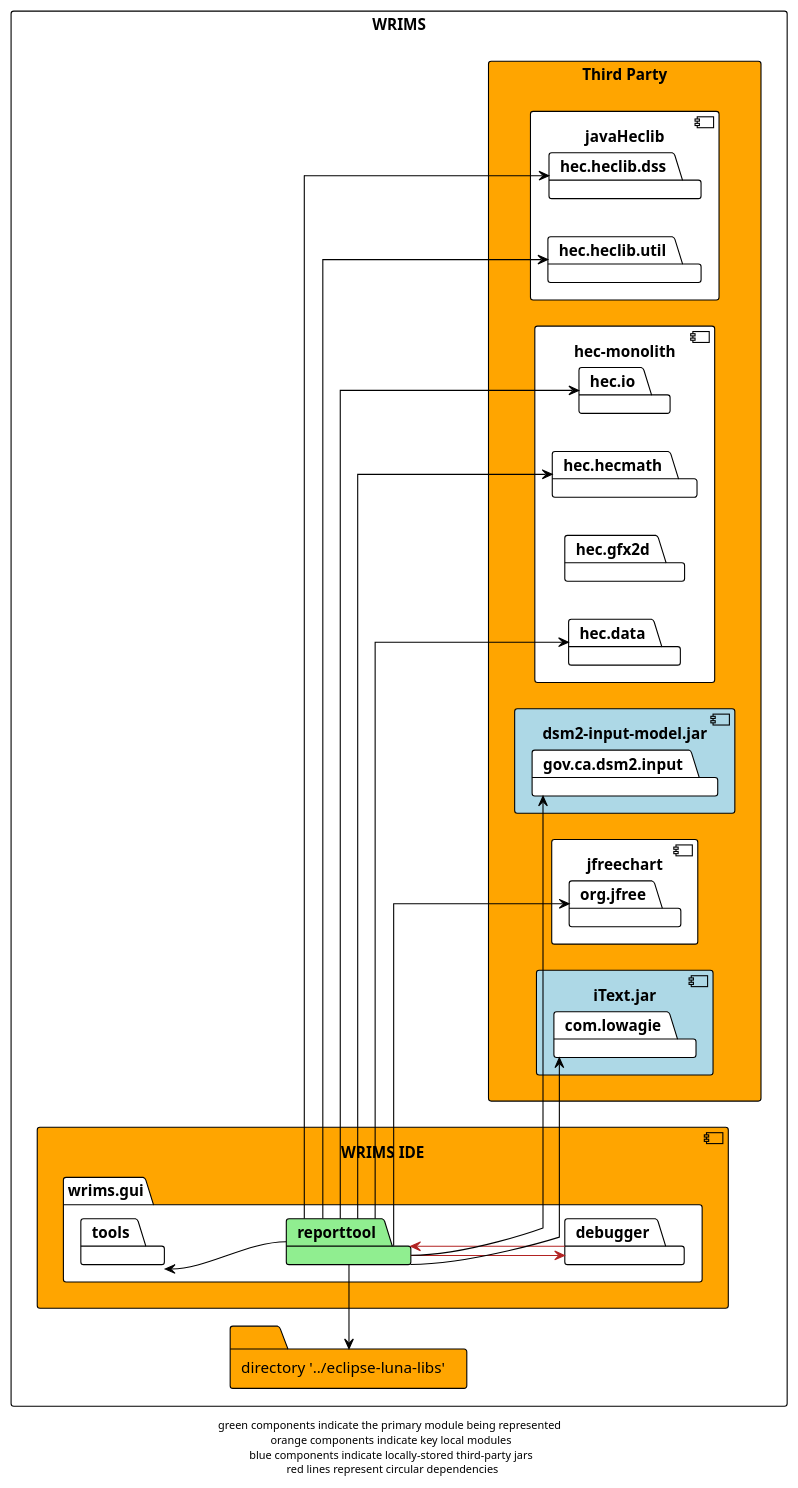
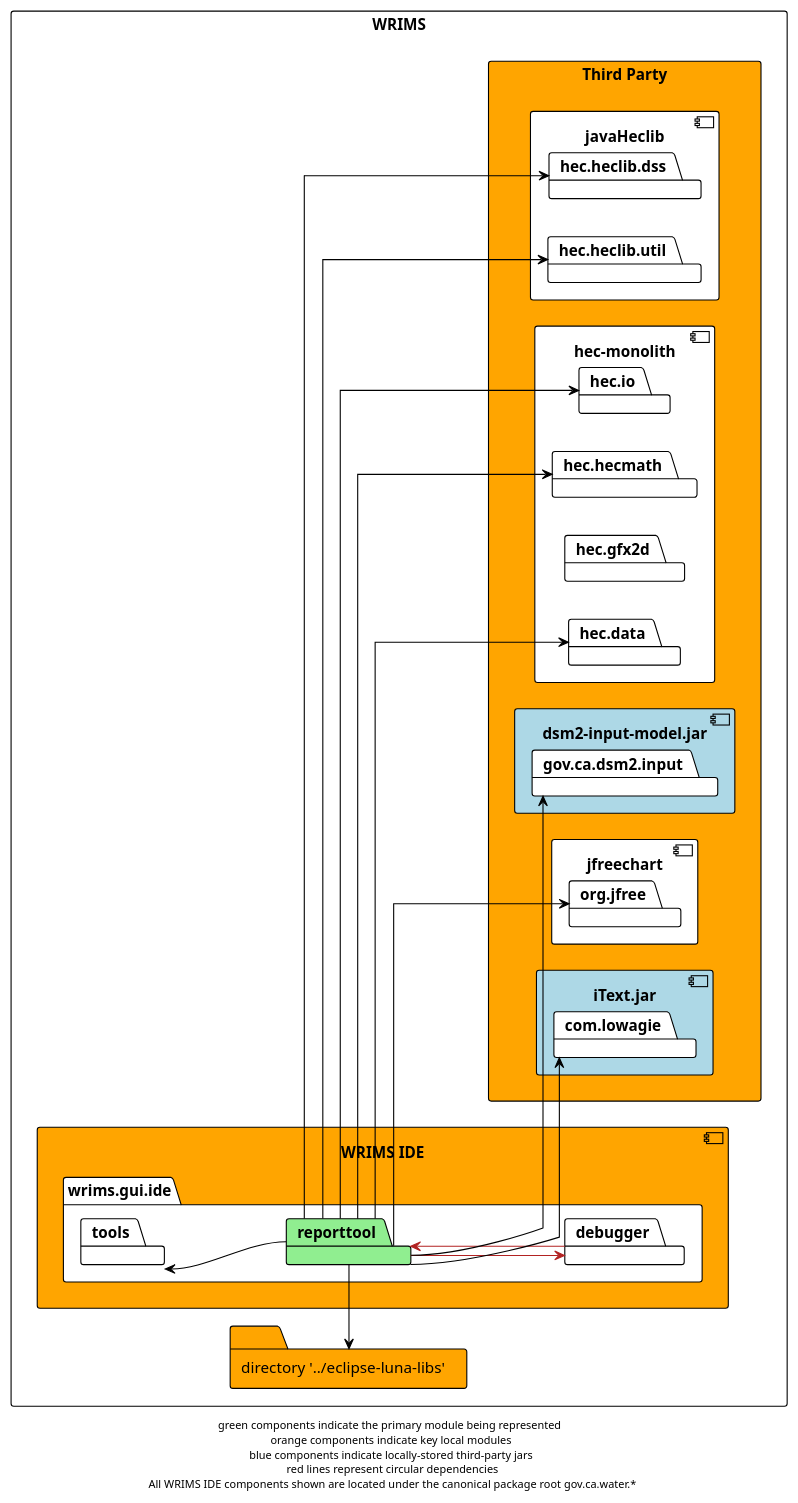
The diagram in docs/diagrams/wrims-modules/wrims-ide/wrims-ide_reporttool.plantuml (CentralValleyModeling/wrims-gui), drawn with PlantUML before and after one commit. The commit also changed 21 other files, not shown here.

Commit message:
Updated diagrams with missing canonical tld paths

```diff
--- a/docs/diagrams/wrims-modules/wrims-ide/wrims-ide_reporttool.plantuml
+++ b/docs/diagrams/wrims-modules/wrims-ide/wrims-ide_reporttool.plantuml
@@ -1,56 +1,56 @@
 @startuml
 
 !theme plain
 left to right direction
 skinparam linetype ortho
 
 rectangle WRIMS {
     component wrims-ide as "WRIMS IDE" #orange {
-        package wrims.gui {
+        package wrims.gui.ide {
             package reporttool #lightgreen
             package tools
             package debugger
         }
     }
 
     rectangle third-party as "Third Party" #orange {
         component javaHeclib {
             package hec.heclib.dss
             package hec.heclib.util
         }
         component hec.monolith as "hec-monolith" {
             package hec.io
             package hec.hecmath
             package hec.gfx2d
             package hec.data
         }
         component dsm2 as "dsm2-input-model.jar" #lightblue {
             package gov.ca.dsm2.input
         }
         component jfreechart {
             package org.jfree
         }
         component iText.jar #lightblue {
             package com.lowagie
         }
     }
 
     folder luna_libs as "directory '../eclipse-luna-libs'" #orange
 }
 
 reporttool -> luna_libs
 reporttool --> hec.data
 reporttool --> hec.heclib.dss
 reporttool --> hec.heclib.util
 reporttool --> hec.io
 reporttool --> hec.hecmath
 reporttool --> debugger #firebrick
 reporttool -up-> tools
 reporttool --> gov.ca.dsm2.input
 reporttool --> org.jfree
 reporttool --> com.lowagie
 
 debugger -> reporttool #firebrick
 
-footer "green components indicate the primary module being represented \n orange components indicate key local modules \n blue components indicate locally-stored third-party jars \n red lines represent circular dependencies"
+footer "green components indicate the primary module being represented \n orange components indicate key local modules \n blue components indicate locally-stored third-party jars \n red lines represent circular dependencies\n All WRIMS IDE components shown are located under the canonical package root gov.ca.water.*"
 @enduml
```
